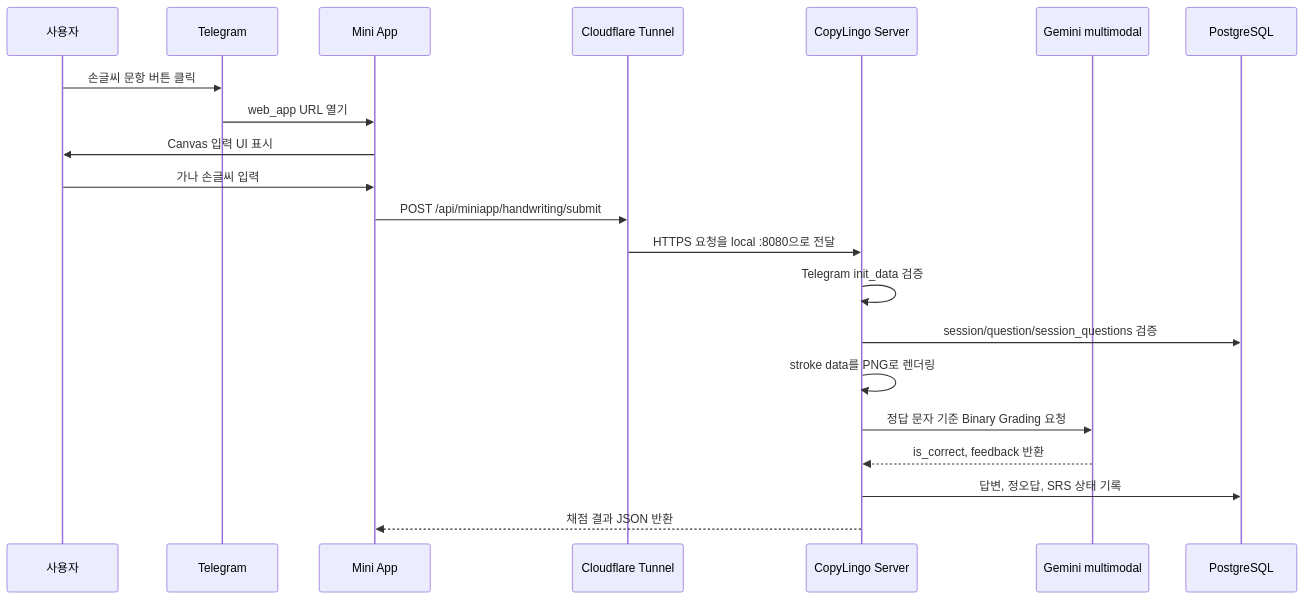
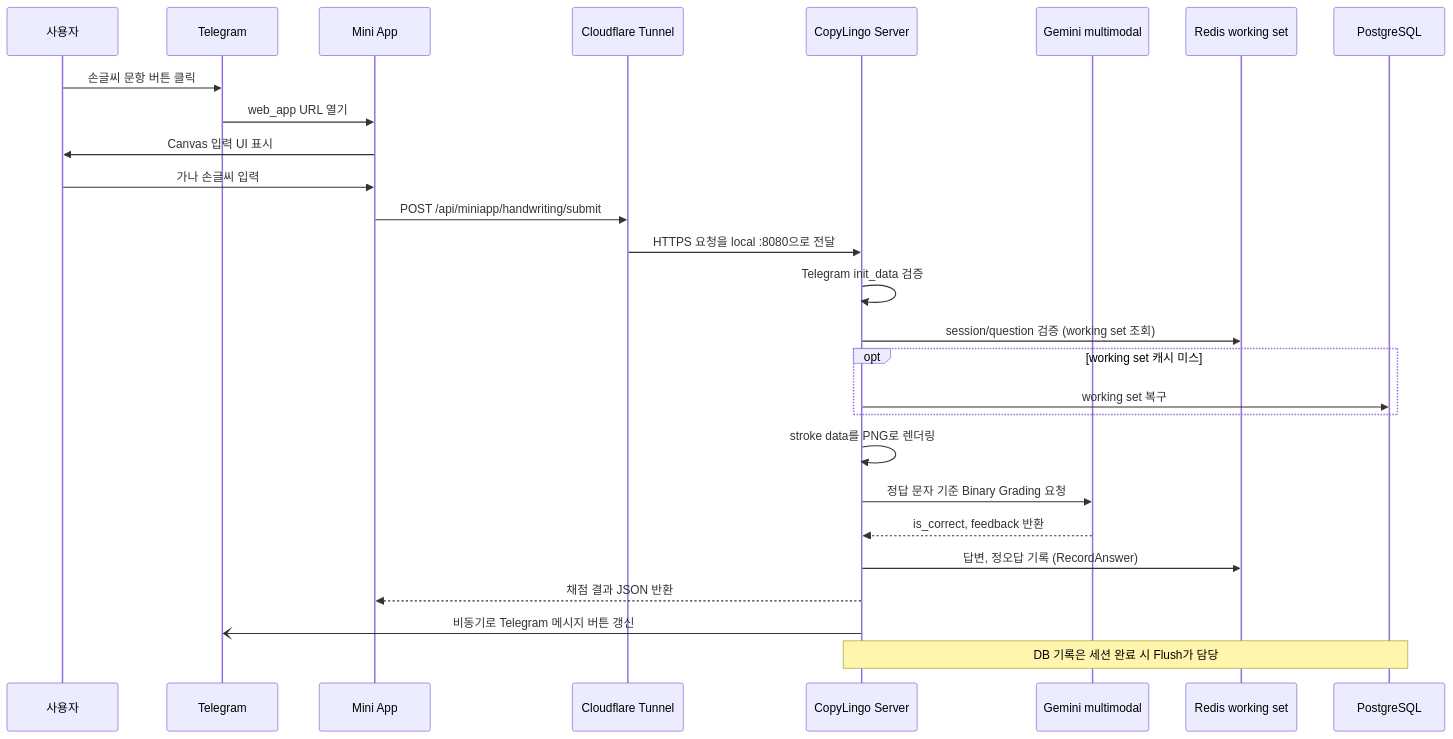
One commit to steamdollar/copylingo changed the diagram in docs/HANDWRITING_MINIAPP_INGRESS.md. Above: the diagram before and after it, drawn with Mermaid. The commit also changed other lines of this file and 191 other files, not shown here.

````diff
--- a/docs/HANDWRITING_MINIAPP_INGRESS.md
+++ b/docs/HANDWRITING_MINIAPP_INGRESS.md
@@ -14,24 +14,30 @@
 ```mermaid
 sequenceDiagram
     participant U as 사용자
     participant T as Telegram
     participant M as Mini App
     participant C as Cloudflare Tunnel
     participant S as CopyLingo Server
     participant L as Gemini multimodal
+    participant R as Redis working set
     participant DB as PostgreSQL
 
     U->>T: 손글씨 문항 버튼 클릭
     T->>M: web_app URL 열기
     M->>U: Canvas 입력 UI 표시
     U->>M: 가나 손글씨 입력
     M->>C: POST /api/miniapp/handwriting/submit
     C->>S: HTTPS 요청을 local :8080으로 전달
     S->>S: Telegram init_data 검증
-    S->>DB: session/question/session_questions 검증
+    S->>R: session/question 검증 (working set 조회)
+    opt working set 캐시 미스
+        S->>DB: working set 복구
+    end
     S->>S: stroke data를 PNG로 렌더링
     S->>L: 정답 문자 기준 Binary Grading 요청
     L-->>S: is_correct, feedback 반환
-    S->>DB: 답변, 정오답, SRS 상태 기록
+    S->>R: 답변, 정오답 기록 (RecordAnswer)
     S-->>M: 채점 결과 JSON 반환
+    S-)T: 비동기로 Telegram 메시지 버튼 갱신
+    Note over S,DB: DB 기록은 세션 완료 시 Flush가 담당
 ```
````
